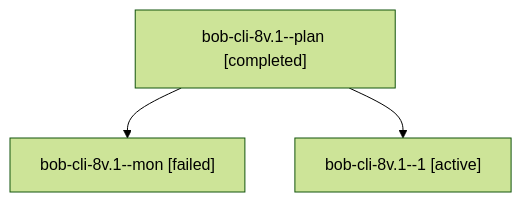
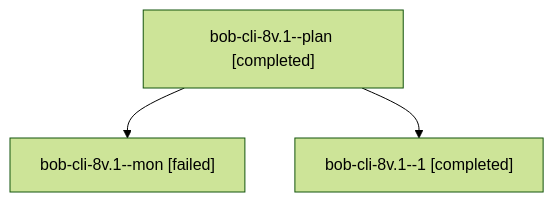
One commit to bobs-org/bob-cli--agents changed the diagram in sessions/bbugyi200.athena.bob-cli-8v.1.md. Above: the diagram before and after it, drawn with Mermaid (forest theme). The commit also changed other lines of this file and 28 other files, not shown here.

````diff
--- a/sessions/bbugyi200.athena.bob-cli-8v.1.md
+++ b/sessions/bbugyi200.athena.bob-cli-8v.1.md
@@ -9,8 +9,8 @@
 ```mermaid
 flowchart TD
   n0["bob-cli-8v.1--plan [completed]"]
   n1["bob-cli-8v.1--mon [failed]"]
   n0 --> n1
-  n2["bob-cli-8v.1--1 [active]"]
+  n2["bob-cli-8v.1--1 [completed]"]
   n0 --> n2
 ```
````
